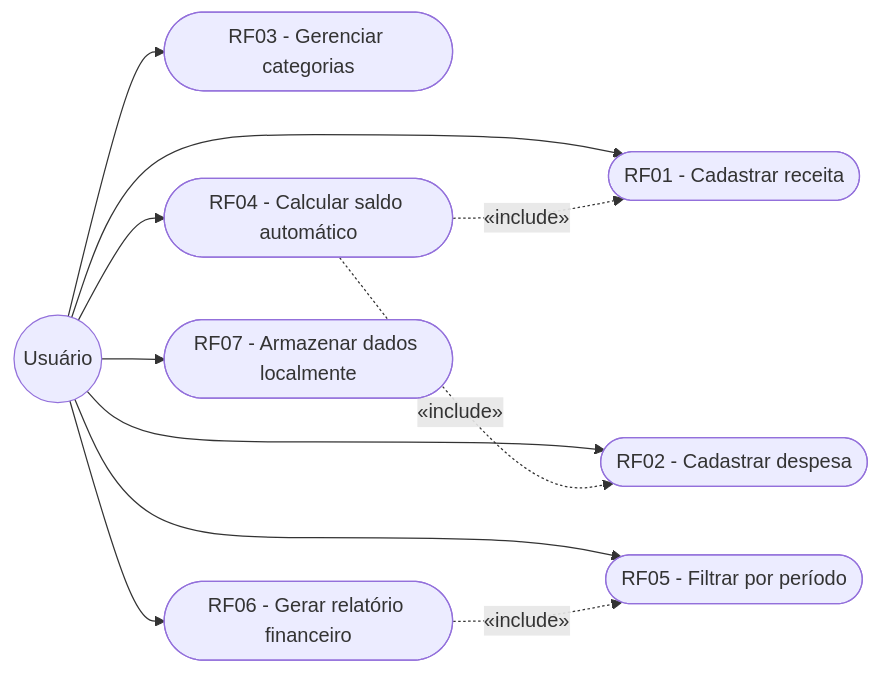
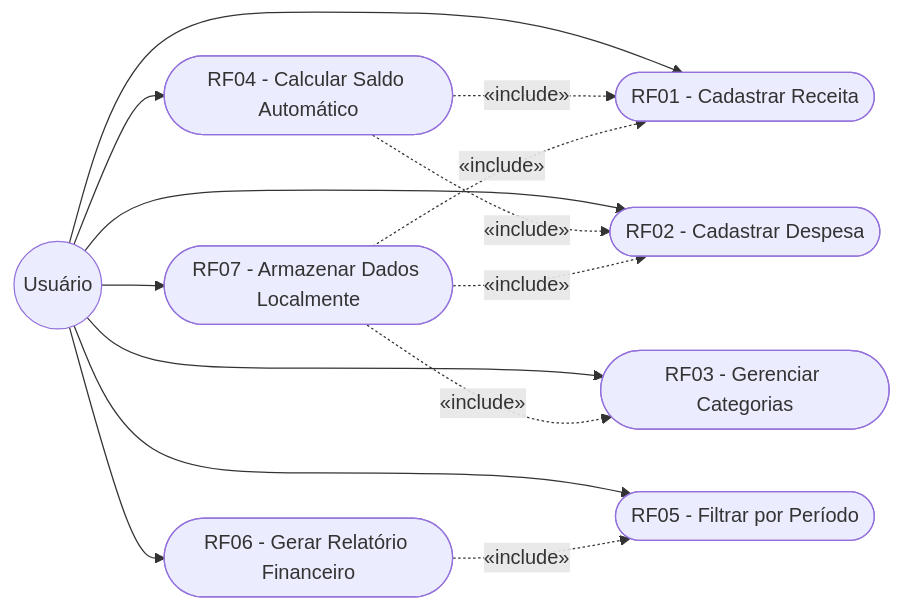
One commit to NEXA-project-br/NEXA changed the eighth of 8 diagrams in relacionamento/dcu.md. Above: the diagram before and after it, drawn with Mermaid. The commit also changed other lines of this file and 4 other files, not shown here.

````diff
--- a/relacionamento/dcu.md
+++ b/relacionamento/dcu.md
@@ -98,24 +109,27 @@
 ```mermaid
 graph LR
   U((Usuário))
 
-  RF01([RF01 - Cadastrar receita])
-  RF02([RF02 - Cadastrar despesa])
-  RF03([RF03 - Gerenciar categorias])
-  RF04([RF04 - Calcular saldo automático])
-  RF05([RF05 - Filtrar por período])
-  RF06([RF06 - Gerar relatório financeiro])
-  RF07([RF07 - Armazenar dados localmente])
+  RF01([RF01 - Cadastrar Receita])
+  RF02([RF02 - Cadastrar Despesa])
+  RF03([RF03 - Gerenciar Categorias])
+  RF04([RF04 - Calcular Saldo Automático])
+  RF05([RF05 - Filtrar por Período])
+  RF06([RF06 - Gerar Relatório Financeiro])
+  RF07([RF07 - Armazenar Dados Localmente])
 
   U --> RF01
   U --> RF02
   U --> RF03
   U --> RF04
   U --> RF05
   U --> RF06
   U --> RF07
 
   RF04 -.->|«include»| RF01
   RF04 -.->|«include»| RF02
   RF06 -.->|«include»| RF05
+  RF07 -.->|«include»| RF01
+  RF07 -.->|«include»| RF02
+  RF07 -.->|«include»| RF03
 ```
````
